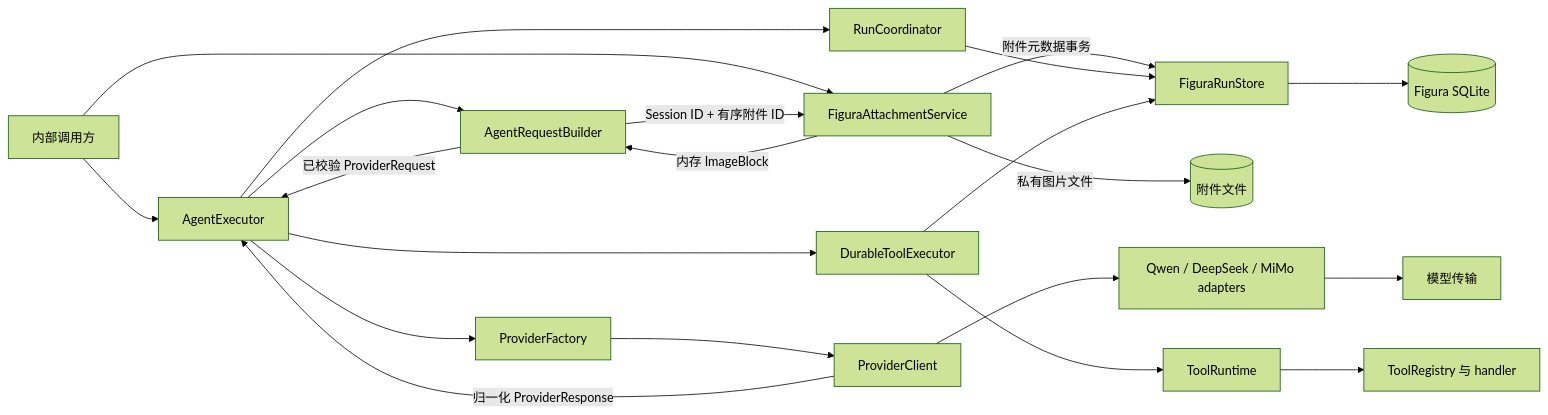
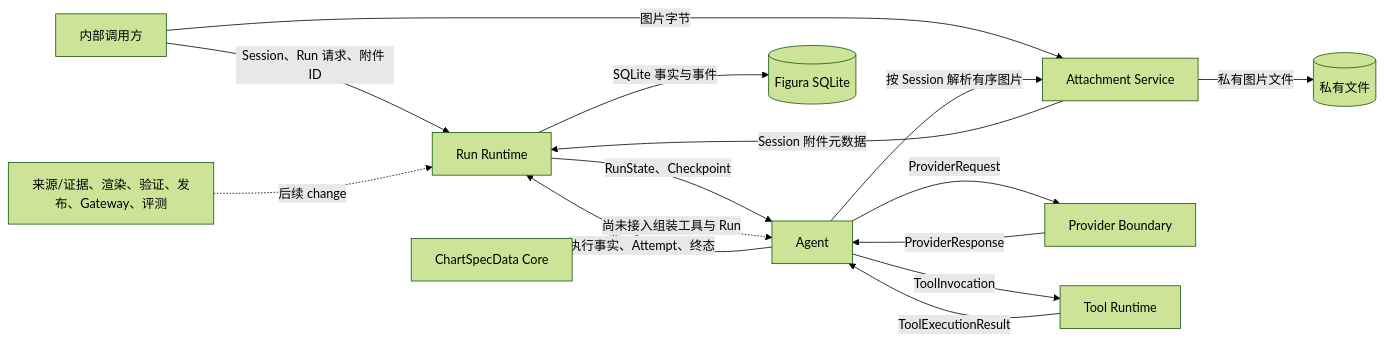
One commit to YeZibn/Figura changed the diagram in docs/figura-implementation-overview.md. Above: the diagram before and after it, drawn with Mermaid (forest theme). The commit also changed other lines of this file and 25 other files, not shown here.

Commit message:
feat(chartspec): 新增 Figura ChartSpec Core 单图语义模型与验证规范

````diff
--- a/docs/figura-implementation-overview.md
+++ b/docs/figura-implementation-overview.md
@@ -22,23 +9,17 @@
 ```mermaid
 flowchart LR
-    Caller[内部调用方] --> Agent[AgentExecutor]
-    Caller --> Attachments[FiguraAttachmentService]
-    Agent --> Builder[AgentRequestBuilder]
-    Builder -->|已校验 ProviderRequest| Agent
-    Builder -->|Session ID + 有序附件 ID| Attachments
-    Attachments -->|内存 ImageBlock| Builder
-    Attachments -->|附件元数据事务| Store[FiguraRunStore]
-    Attachments -->|私有图片文件| Files[(附件文件)]
-    Agent --> Coordinator[RunCoordinator]
-    Agent --> Factory[ProviderFactory]
-    Factory --> Client[ProviderClient]
-    Client --> Adapters[Qwen / DeepSeek / MiMo adapters]
-    Adapters --> Transport[模型传输]
-    Client -->|归一化 ProviderResponse| Agent
-    Agent --> ToolExecutor[DurableToolExecutor]
-    ToolExecutor --> ToolRuntime[ToolRuntime]
-    ToolRuntime --> Registry[ToolRegistry 与 handler]
-    Coordinator --> Store
-    ToolExecutor --> Store
-    Store --> SQLite[(Figura SQLite)]
+    Caller[内部调用方] -->|Session、Run 请求、附件 ID| Runtime[Run Runtime]
+    Caller -->|图片字节| Attach[Attachment Service]
+    Attach -->|Session 附件元数据| Runtime
+    Attach -->|私有图片文件| Files[(私有文件)]
+    Runtime -->|RunState、Checkpoint| Agent[Agent]
+    Agent -->|按 Session 解析有序图片| Attach
+    Agent -->|ProviderRequest| Provider[Provider Boundary]
+    Provider -->|ProviderResponse| Agent
+    Agent -->|ToolInvocation| Tools[Tool Runtime]
+    Tools -->|ToolExecutionResult| Agent
+    Agent -->|执行事实、Attempt、终态| Runtime
+    Runtime -->|SQLite 事实与事件| DB[(Figura SQLite)]
+    Chart[ChartSpecData Core] -.->|尚未接入组装工具与 Run| Agent
+    Future[来源/证据、渲染、验证、发布、Gateway、评测] -.->|后续 change| Runtime
 ```
````
